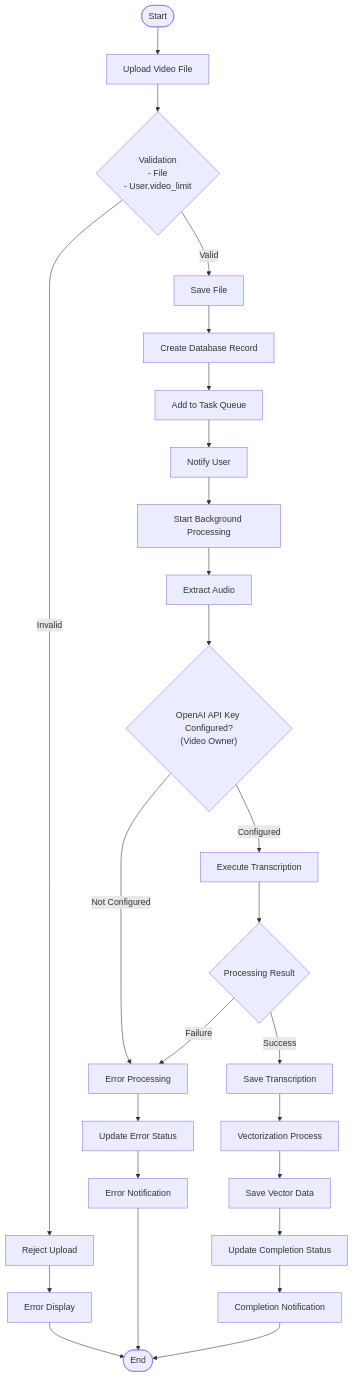
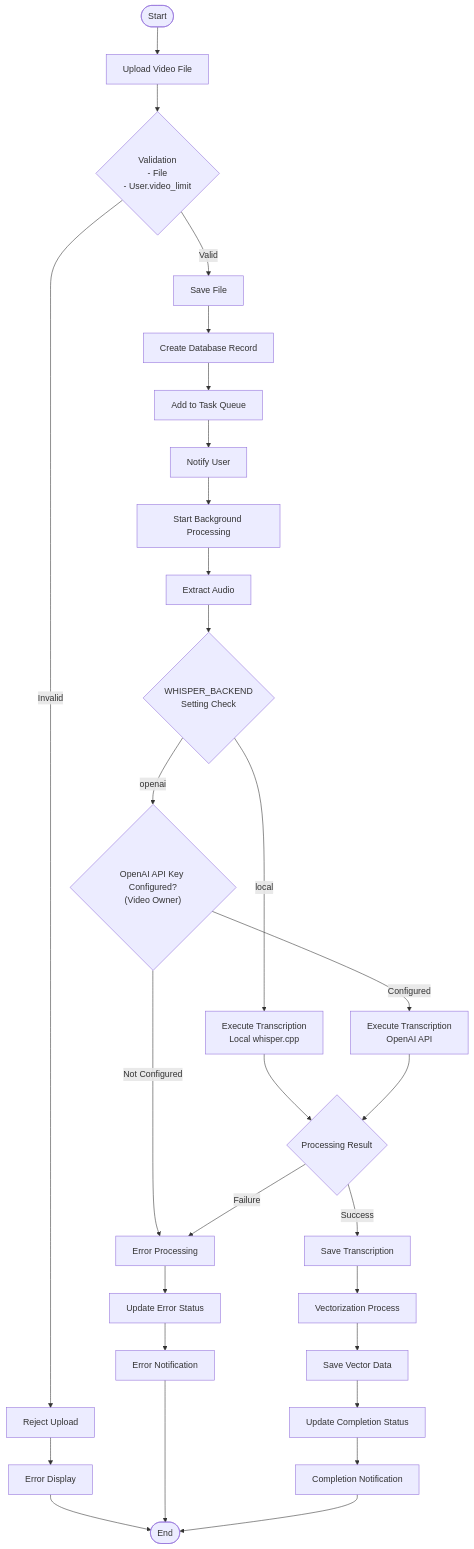
Before and after one commit to yukiharada1228/videoq: the second of 7 diagrams in docs/architecture/bpmn.md, drawn with Mermaid. The commit also changed 11 other files, not shown here.

````diff
--- a/docs/architecture/bpmn.md
+++ b/docs/architecture/bpmn.md
@@ -33,30 +33,33 @@
 ```mermaid
 flowchart TD
     Start([Start]) --> Upload[Upload Video File]
     Upload --> ValidateFile{"Validation<br>- File<br>- User.video_limit"}
     ValidateFile -->|Invalid| Reject[Reject Upload]
     Reject --> ShowError[Error Display]
     ShowError --> End([End])
     ValidateFile -->|Valid| SaveFile[Save File]
     SaveFile --> CreateRecord[Create Database Record]
     CreateRecord --> QueueTask[Add to Task Queue]
     QueueTask --> NotifyUser[Notify User]
     NotifyUser --> ProcessTask[Start Background Processing]
     
     ProcessTask --> ExtractAudio[Extract Audio]
-    ExtractAudio --> CheckAPIKey{"OpenAI API Key Configured?<br>(Video Owner)"}
+    ExtractAudio --> CheckBackend{"WHISPER_BACKEND<br>Setting Check"}
+    CheckBackend -->|local| Transcribe[Execute Transcription<br>Local whisper.cpp]
+    CheckBackend -->|openai| CheckAPIKey{"OpenAI API Key Configured?<br>(Video Owner)"}
     CheckAPIKey -->|Not Configured| HandleError[Error Processing]
-    CheckAPIKey -->|Configured| Transcribe[Execute Transcription]
+    CheckAPIKey -->|Configured| TranscribeAPI[Execute Transcription<br>OpenAI API]
     Transcribe --> CheckResult{Processing Result}
+    TranscribeAPI --> CheckResult
     CheckResult -->|Success| CreateTranscript[Save Transcription]
     CheckResult -->|Failure| HandleError[Error Processing]
     HandleError --> UpdateErrorStatus[Update Error Status]
     UpdateErrorStatus --> NotifyError[Error Notification]
     NotifyError --> End
     
     CreateTranscript --> Vectorize[Vectorization Process]
     Vectorize --> SaveVector[Save Vector Data]
     SaveVector --> UpdateStatus[Update Completion Status]
     UpdateStatus --> NotifyComplete[Completion Notification]
     NotifyComplete --> End
 ```
````
